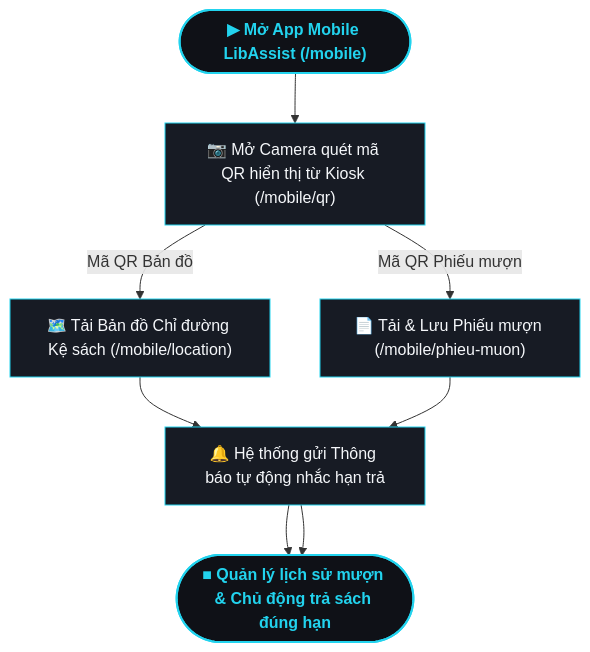
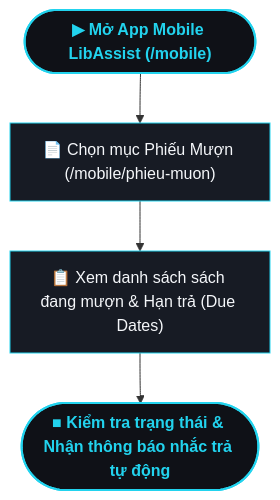
The fourth of 4 diagrams in report/diagramdrawing/user_flows.md (Bnkcheesus/HCI_Project), drawn with Mermaid before and after one commit. The commit also changed other lines of this file and 2 other files, not shown here.

Commit message:
Cập nhật user flow

````diff
--- a/report/diagramdrawing/user_flows.md
+++ b/report/diagramdrawing/user_flows.md
@@ -116,16 +116,12 @@
 ```mermaid
 flowchart TD
     classDef startEnd fill:#0F1117,stroke:#22D3EE,stroke-width:2px,color:#22D3EE,font-weight:bold;
     classDef step fill:#171B24,stroke:#22D3EE,stroke-width:1px,color:#F5F7FA;
 
     START(["▶ Mở App Mobile LibAssist (/mobile)"]):::startEnd
-    QR["📷 Mở Camera quét mã QR hiển thị từ Kiosk (/mobile/qr)"]:::step
-    BRANCH1["🗺️ Tải Bản đồ Chỉ đường Kệ sách (/mobile/location)"]:::step
-    BRANCH2["📄 Tải & Lưu Phiếu mượn (/mobile/phieu-muon)"]:::step
-    NOTIFY["🔔 Hệ thống gửi Thông báo tự động nhắc hạn trả"]:::step
-    FINISH(["■ Quản lý lịch sử mượn & Chủ động trả sách đúng hạn"]):::startEnd
+    NAV["📄 Chọn mục Phiếu Mượn (/mobile/phieu-muon)"]:::step
+    VIEW["📋 Xem danh sách sách đang mượn & Hạn trả (Due Dates)"]:::step
+    FINISH(["■ Kiểm tra trạng thái & Nhận thông báo nhắc trả tự động"]):::startEnd
 
-    START --> QR
-    QR -- "Mã QR Bản đồ" --> BRANCH1 --> NOTIFY --> FINISH
-    QR -- "Mã QR Phiếu mượn" --> BRANCH2 --> NOTIFY --> FINISH
+    START --> NAV --> VIEW --> FINISH
 ```
````
